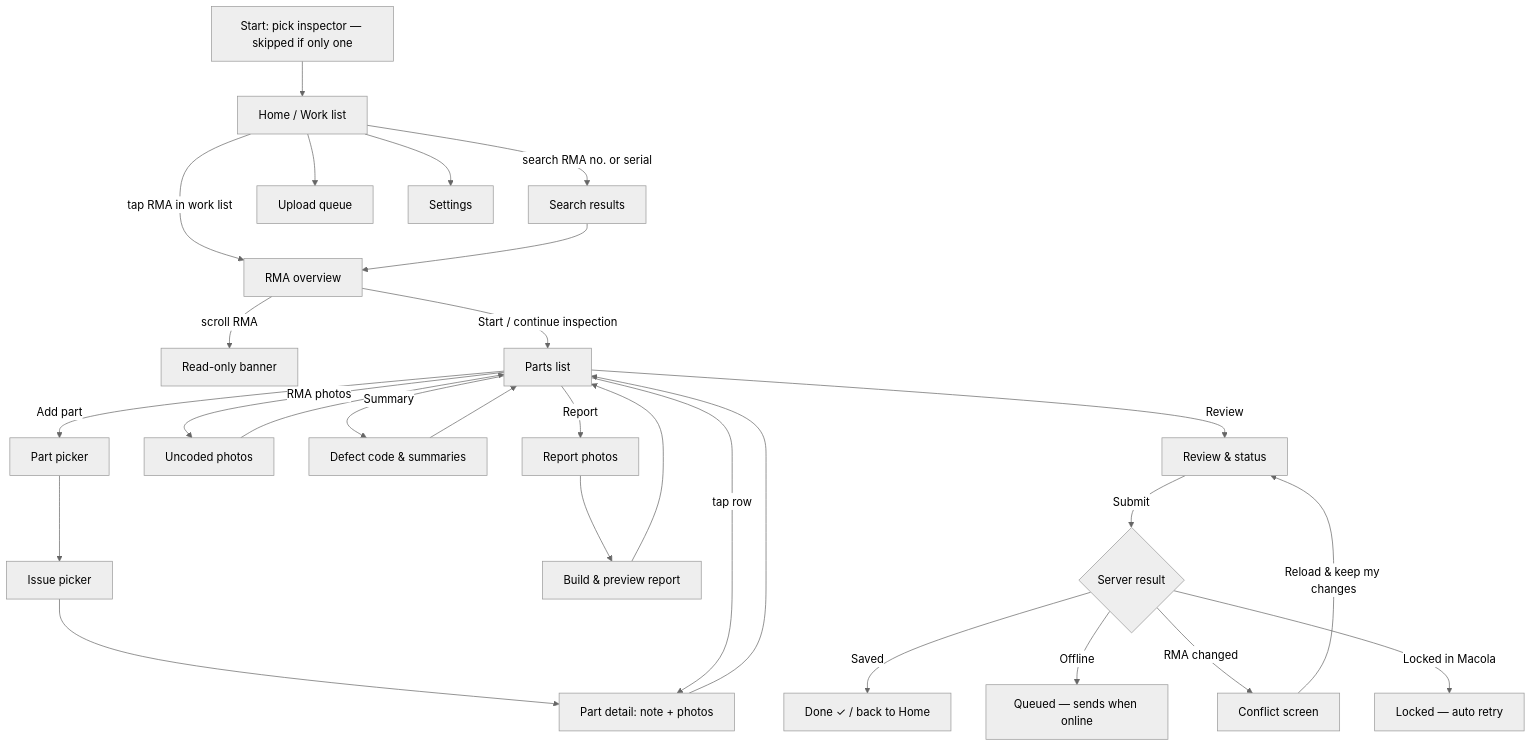
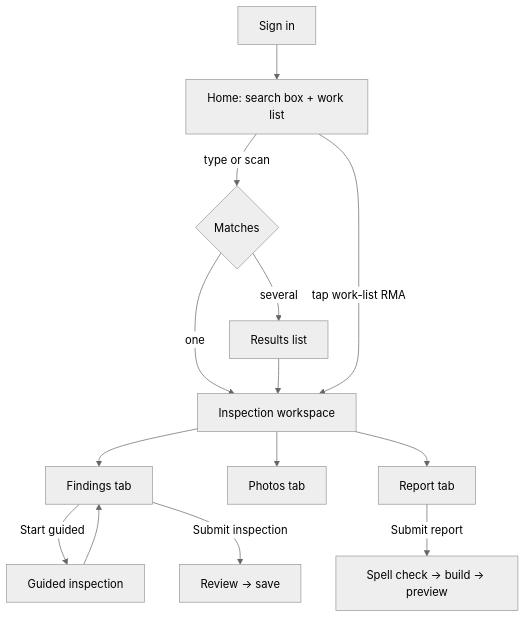
One commit to 1968belair-netizen/RMA_INSPECTOR_APP changed the diagram in docs/spec.md. Above: the diagram before and after it, drawn with Mermaid (neutral theme). The commit also changed other lines of this file and 12 other files, not shown here.

````diff
--- a/docs/spec.md
+++ b/docs/spec.md
@@ -67,30 +42,14 @@
 ```mermaid
 flowchart TD
-    A[Start: pick inspector — skipped if only one] --> B[Home / Work list]
-    B -->|search RMA no. or serial| C[Search results]
-    B -->|tap RMA in work list| D
-    C --> D[RMA overview]
-    D -->|scroll RMA| D2[Read-only banner]
-    D -->|Start / continue inspection| E[Parts list]
-    E -->|Add part| F[Part picker]
-    F --> G[Issue picker]
-    G --> H[Part detail: note + photos]
-    H --> E
-    E -->|tap row| H
-    E -->|RMA photos| I[Uncoded photos]
-    I --> E
-    E -->|Summary| P[Defect code & summaries]
-    P --> E
-    E -->|Review| J[Review & status]
-    E -->|Report| R[Report photos]
-    R --> RB[Build & preview report]
-    RB --> E
-    J -->|Submit| K{Server result}
-    K -->|Saved| L[Done ✓ / back to Home]
-    K -->|Offline| M[Queued — sends when online]
-    K -->|RMA changed| N[Conflict screen]
-    K -->|Locked in Macola| O[Locked — auto retry]
-    N -->|Reload & keep my changes| J
-    B --> Q[Upload queue]
-    B --> S[Settings]
+    A[Sign in] --> B[Home: search box + work list]
+    B -->|type or scan| C{Matches}
+    C -->|one| W[Inspection workspace]
+    C -->|several| R[Results list] --> W
+    B -->|tap work-list RMA| W
+    W --> F[Findings tab]
+    W --> P[Photos tab]
+    W --> T[Report tab]
+    F -->|Start guided| G[Guided inspection] --> F
+    F -->|Submit inspection| S[Review → save]
+    T -->|Submit report| K[Spell check → build → preview]
 ```
````
